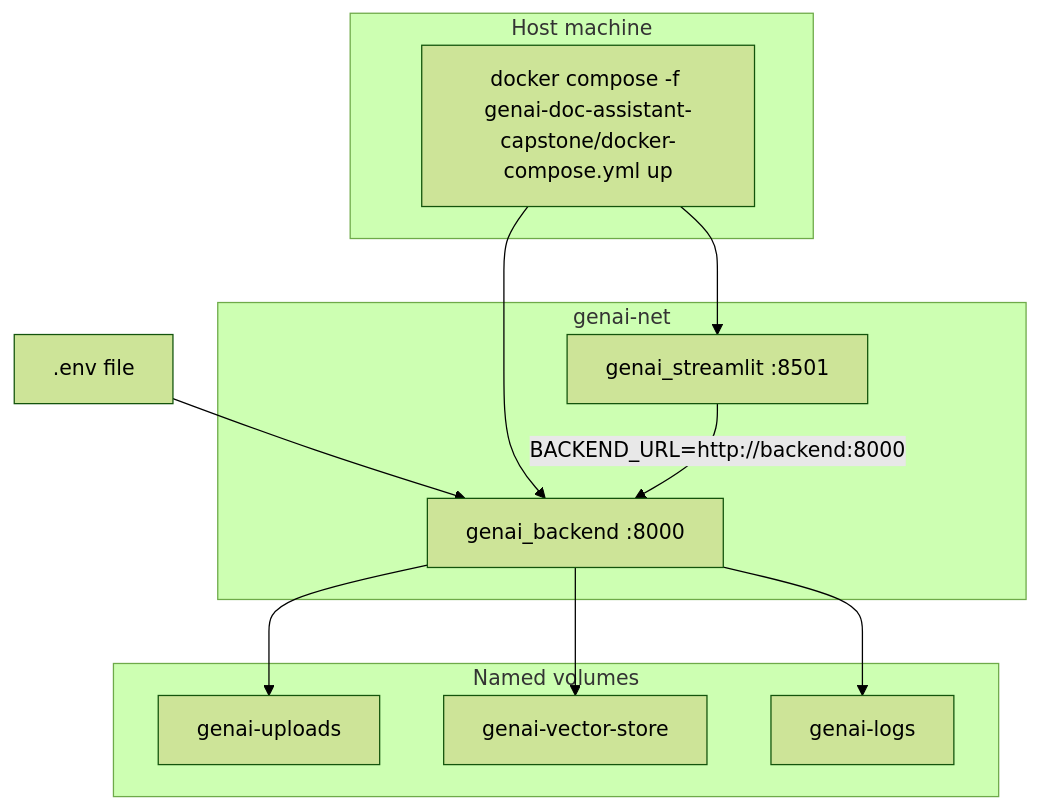
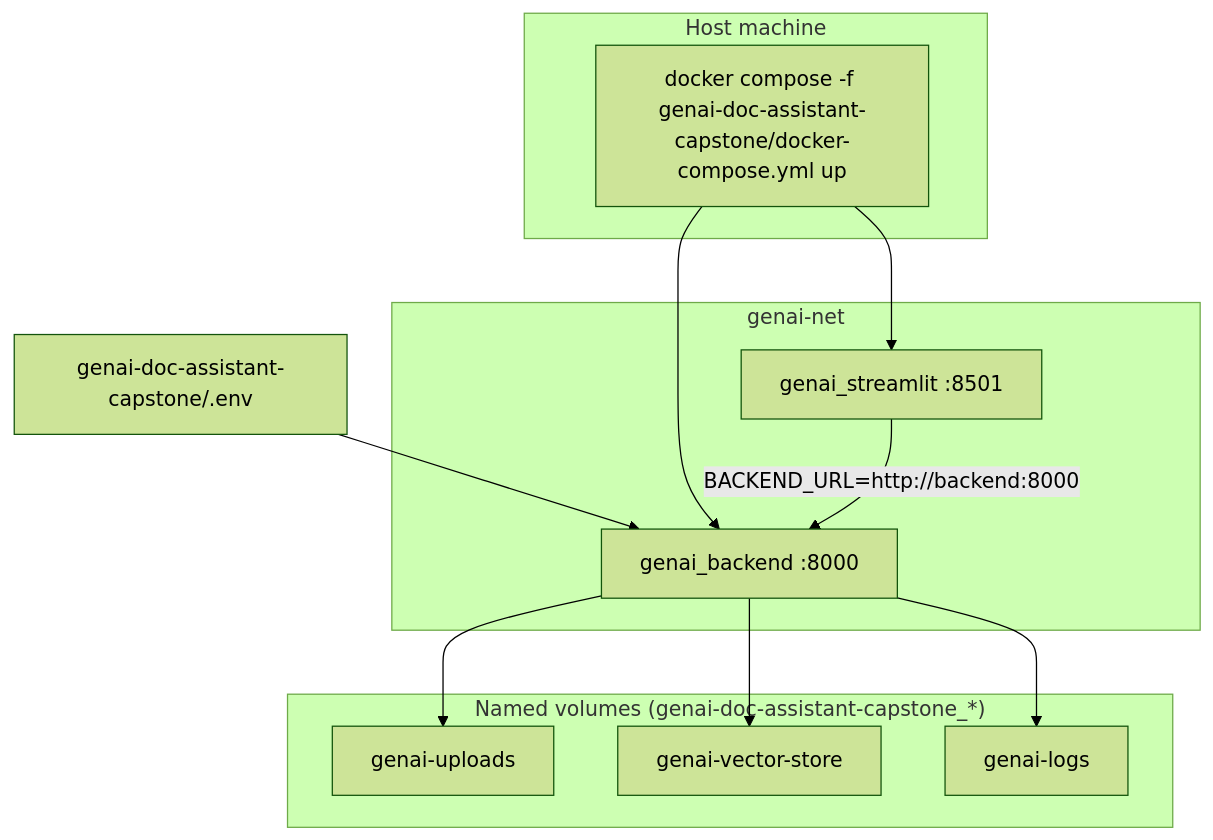
The tenth of 12 diagrams in genai-doc-assistant-capstone/docs/ARCHITECTURE_DIAGRAM.md (ankit-devwork/the-learning-curve-labs), drawn with Mermaid (forest theme) before and after one commit. The commit also changed other lines of this file and 3 other files, not shown here.

First line of the commit message:
Update architecture docs for capstone deployment artifact paths

````diff
--- a/genai-doc-assistant-capstone/docs/ARCHITECTURE_DIAGRAM.md
+++ b/genai-doc-assistant-capstone/docs/ARCHITECTURE_DIAGRAM.md
@@ -321,25 +343,25 @@
 ```mermaid
 flowchart TB
     subgraph Host["Host machine"]
         DC["docker compose -f genai-doc-assistant-capstone/docker-compose.yml up"]
     end
 
     subgraph Network["genai-net"]
         BE["genai_backend :8000"]
         ST["genai_streamlit :8501"]
     end
 
-    subgraph Volumes["Named volumes"]
+    subgraph Volumes["Named volumes (genai-doc-assistant-capstone_*)"]
         V1["genai-uploads"]
         V2["genai-vector-store"]
         V3["genai-logs"]
     end
 
-    ENV[".env file"] --> BE
+    ENV["genai-doc-assistant-capstone/.env"] --> BE
     DC --> BE
     DC --> ST
     ST -->|"BACKEND_URL=http://backend:8000"| BE
     BE --> V1
     BE --> V2
     BE --> V3
 ```
````
